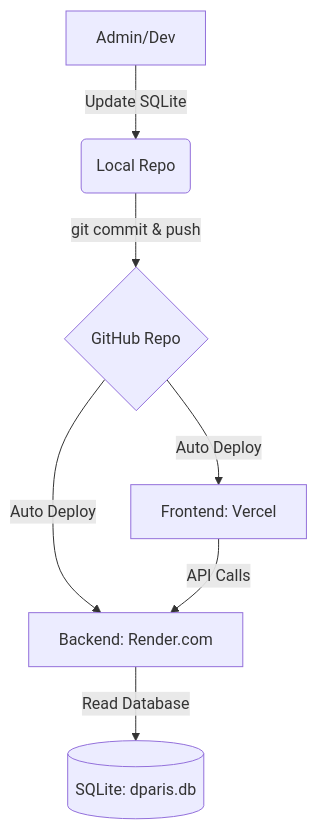
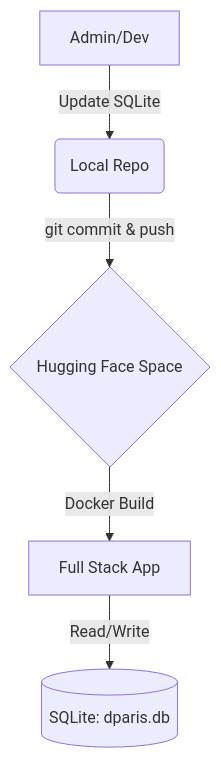
One commit to prayphnadeak/dparis-egsotis changed the diagram in README.md. Above: the diagram before and after it, drawn with Mermaid. The commit also changed other lines of this file and 1 other file, not shown here.

Commit message:
Update README.md for Hugging Face hosting

````diff
--- a/README.md
+++ b/README.md
@@ -39,9 +39,7 @@
 ```mermaid
 graph TD
     A[Admin/Dev] -->|Update SQLite| B(Local Repo)
-    B -->|git commit & push| C{GitHub Repo}
-    C -->|Auto Deploy| D[Frontend: Vercel]
-    C -->|Auto Deploy| E[Backend: Render.com]
-    D -->|API Calls| E
-    E -->|Read Database| F[(SQLite: dparis.db)]
+    B -->|git commit & push| C{Hugging Face Space}
+    C -->|Docker Build| D[Full Stack App]
+    D -->|Read/Write| E[(SQLite: dparis.db)]
 ```
````
